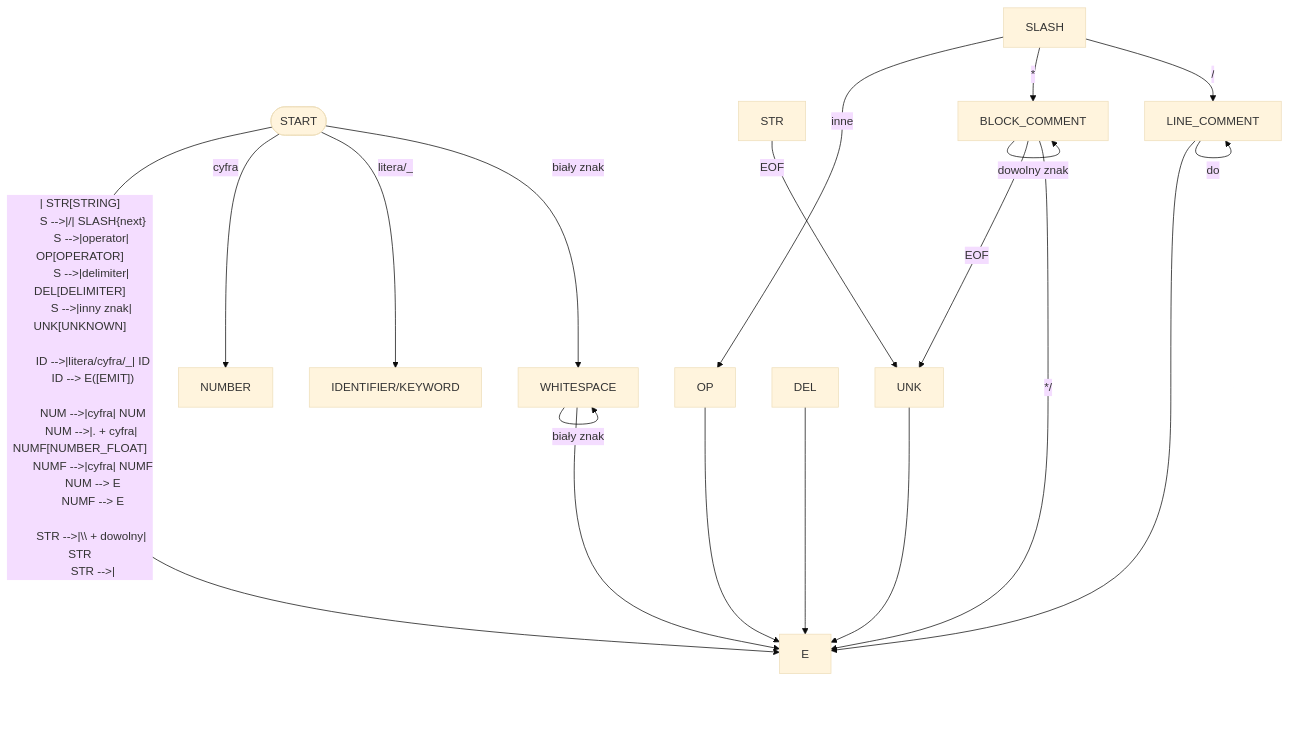
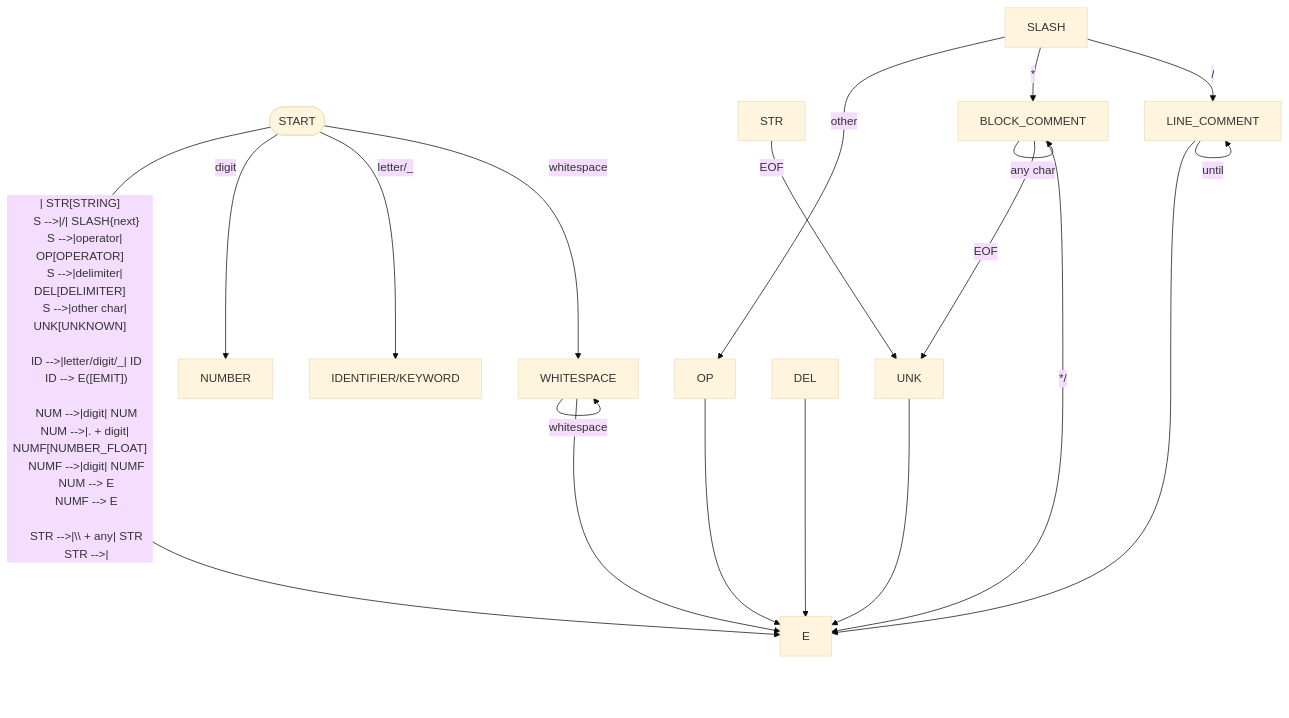
Before and after one commit to kacper-blaze/Teoria-Kompilacji-i-Kompilatory: the diagram in skaner/README.md, drawn with Mermaid (base theme). The commit also changed other lines of this file and 1 other file, not shown here.

````diff
--- a/skaner/README.md
+++ b/skaner/README.md
@@ -32,42 +32,42 @@
 ```mermaid
 flowchart TD
-	S([START]) -->|biały znak| WS[WHITESPACE]
-	S -->|litera/_| ID[IDENTIFIER/KEYWORD]
-	S -->|cyfra| NUM[NUMBER]
-	S -->|"| STR[STRING]
-	S -->|/| SLASH{next}
-	S -->|operator| OP[OPERATOR]
-	S -->|delimiter| DEL[DELIMITER]
-	S -->|inny znak| UNK[UNKNOWN]
+    S([START]) -->|whitespace| WS[WHITESPACE]
+    S -->|letter/_| ID[IDENTIFIER/KEYWORD]
+    S -->|digit| NUM[NUMBER]
+    S -->|"| STR[STRING]
+    S -->|/| SLASH{next}
+    S -->|operator| OP[OPERATOR]
+    S -->|delimiter| DEL[DELIMITER]
+    S -->|other char| UNK[UNKNOWN]
 
-	ID -->|litera/cyfra/_| ID
-	ID --> E([EMIT])
+    ID -->|letter/digit/_| ID
+    ID --> E([EMIT])
 
-	NUM -->|cyfra| NUM
-	NUM -->|. + cyfra| NUMF[NUMBER_FLOAT]
-	NUMF -->|cyfra| NUMF
-	NUM --> E
-	NUMF --> E
+    NUM -->|digit| NUM
+    NUM -->|. + digit| NUMF[NUMBER_FLOAT]
+    NUMF -->|digit| NUMF
+    NUM --> E
+    NUMF --> E
 
-	STR -->|\\ + dowolny| STR
-	STR -->|"| E
-	STR -->|EOF| UNK
+    STR -->|\\ + any| STR
+    STR -->|"| E
+    STR -->|EOF| UNK
 
-	SLASH -->|/| C1[LINE_COMMENT]
-	SLASH -->|*| C2[BLOCK_COMMENT]
-	SLASH -->|inne| OP
+    SLASH -->|/| C1[LINE_COMMENT]
+    SLASH -->|*| C2[BLOCK_COMMENT]
+    SLASH -->|other| OP
 
-	C1 -->|do \n| C1
-	C1 --> E
+    C1 -->|until \n| C1
+    C1 --> E
 
-	C2 -->|dowolny znak| C2
-	C2 -->|*/| E
-	C2 -->|EOF| UNK
+    C2 -->|any char| C2
+    C2 -->|*/| E
+    C2 -->|EOF| UNK
 
-	WS -->|biały znak| WS
-	WS --> E
+    WS -->|whitespace| WS
+    WS --> E
 
-	OP --> E
-	DEL --> E
-	UNK --> E
+    OP --> E
+    DEL --> E
+    UNK --> E
 ```
````
